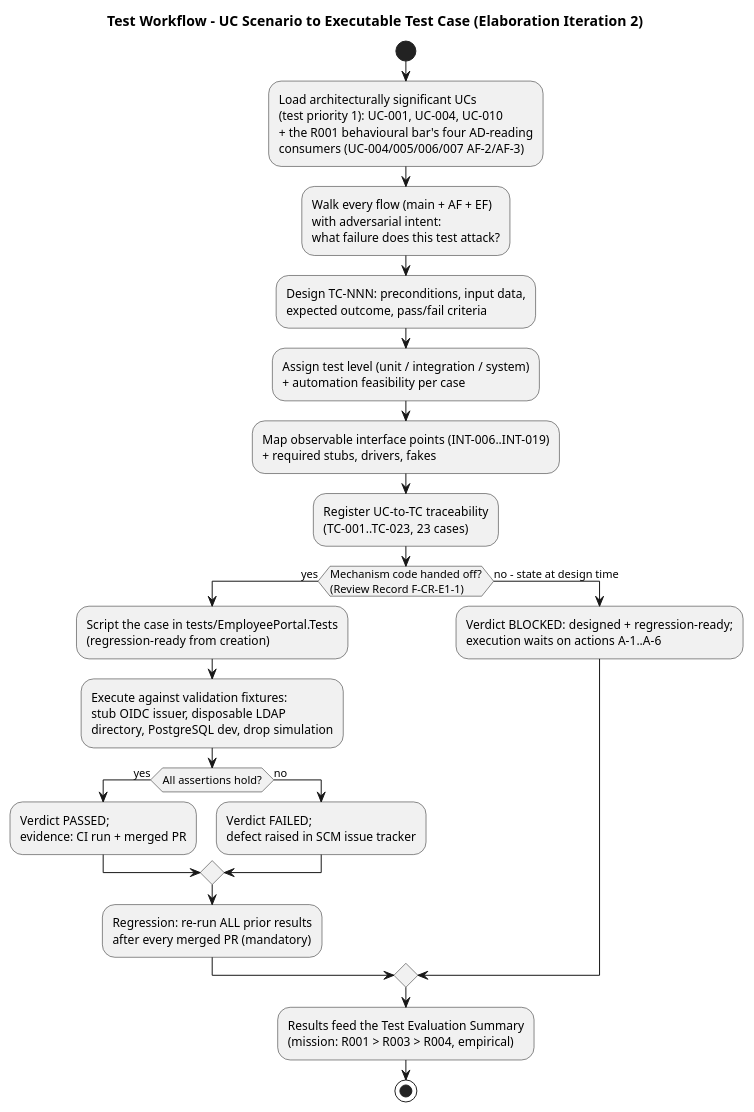
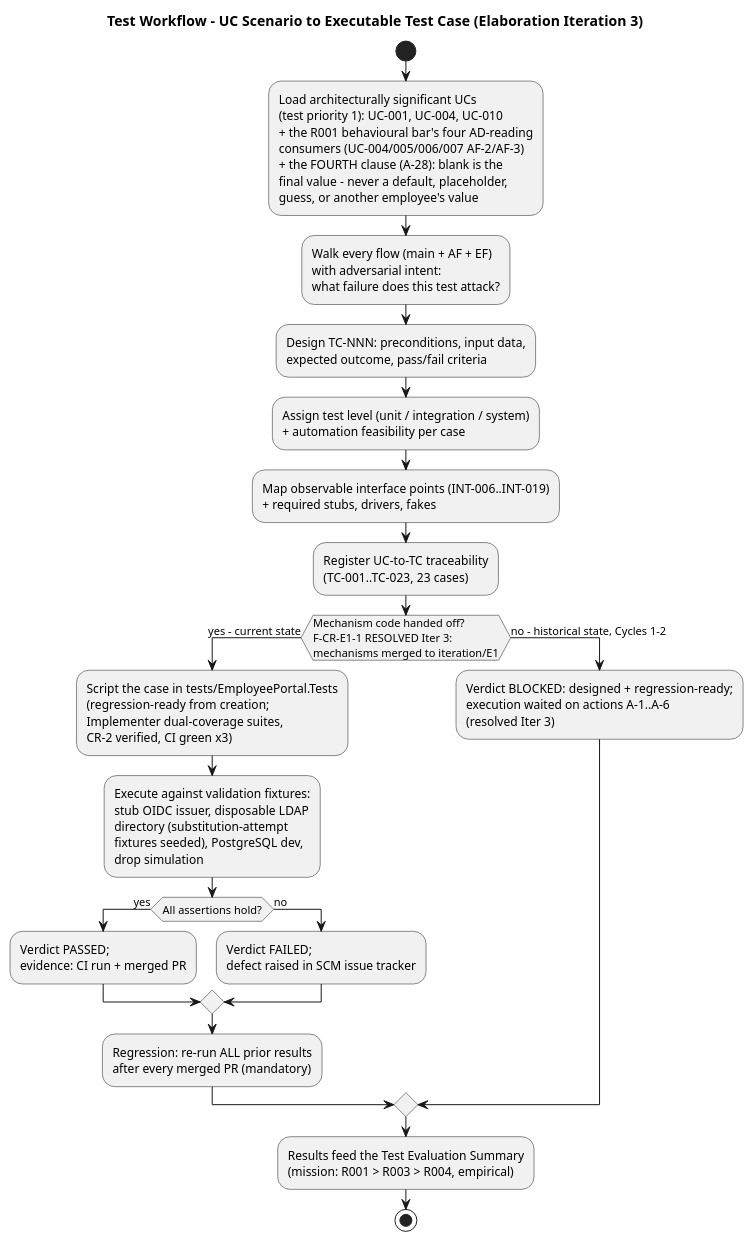
One commit to banense-test/employee-portal changed the second of 8 diagrams in docs/artifacts/test/test-case.md. Above: the diagram before and after it, drawn with PlantUML. The commit also changed other lines of this file, not shown here.

First line of the commit message:
Test Designer [E3]: upsert Test Case

````diff
--- a/docs/artifacts/test/test-case.md
+++ b/docs/artifacts/test/test-case.md
@@ -146,27 +151,27 @@
 ```plantuml
 @startuml
-title Test Workflow - UC Scenario to Executable Test Case (Elaboration Iteration 2)
+title Test Workflow - UC Scenario to Executable Test Case (Elaboration Iteration 3)
 
 start
-:Load architecturally significant UCs\n(test priority 1): UC-001, UC-004, UC-010\n+ the R001 behavioural bar's four AD-reading\nconsumers (UC-004/005/006/007 AF-2/AF-3);
+:Load architecturally significant UCs\n(test priority 1): UC-001, UC-004, UC-010\n+ the R001 behavioural bar's four AD-reading\nconsumers (UC-004/005/006/007 AF-2/AF-3)\n+ the FOURTH clause (A-28): blank is the\nfinal value - never a default, placeholder,\nguess, or another employee's value;
 :Walk every flow (main + AF + EF)\nwith adversarial intent:\nwhat failure does this test attack?;
 :Design TC-NNN: preconditions, input data,\nexpected outcome, pass/fail criteria;
 :Assign test level (unit / integration / system)\n+ automation feasibility per case;
 :Map observable interface points (INT-006..INT-019)\n+ required stubs, drivers, fakes;
 :Register UC-to-TC traceability\n(TC-001..TC-023, 23 cases);
-if (Mechanism code handed off?\n(Review Record F-CR-E1-1)) then (yes)
-  :Script the case in tests/EmployeePortal.Tests\n(regression-ready from creation);
-  :Execute against validation fixtures:\nstub OIDC issuer, disposable LDAP\ndirectory, PostgreSQL dev, drop simulation;
+if (Mechanism code handed off?\nF-CR-E1-1 RESOLVED Iter 3:\nmechanisms merged to iteration/E1) then (yes - current state)
+  :Script the case in tests/EmployeePortal.Tests\n(regression-ready from creation;\nImplementer dual-coverage suites,\nCR-2 verified, CI green x3);
+  :Execute against validation fixtures:\nstub OIDC issuer, disposable LDAP\ndirectory (substitution-attempt\nfixtures seeded), PostgreSQL dev,\ndrop simulation;
   if (All assertions hold?) then (yes)
     :Verdict PASSED;\nevidence: CI run + merged PR;
   else (no)
     :Verdict FAILED;\ndefect raised in SCM issue tracker;
   endif
   :Regression: re-run ALL prior results\nafter every merged PR (mandatory);
-else (no - state at design time)
-  :Verdict BLOCKED: designed + regression-ready;\nexecution waits on actions A-1..A-6;
+else (no - historical state, Cycles 1-2)
+  :Verdict BLOCKED: designed + regression-ready;\nexecution waited on actions A-1..A-6\n(resolved Iter 3);
 endif
 :Results feed the Test Evaluation Summary\n(mission: R001 > R003 > R004, empirical);
 stop
 @enduml
 ```
````
